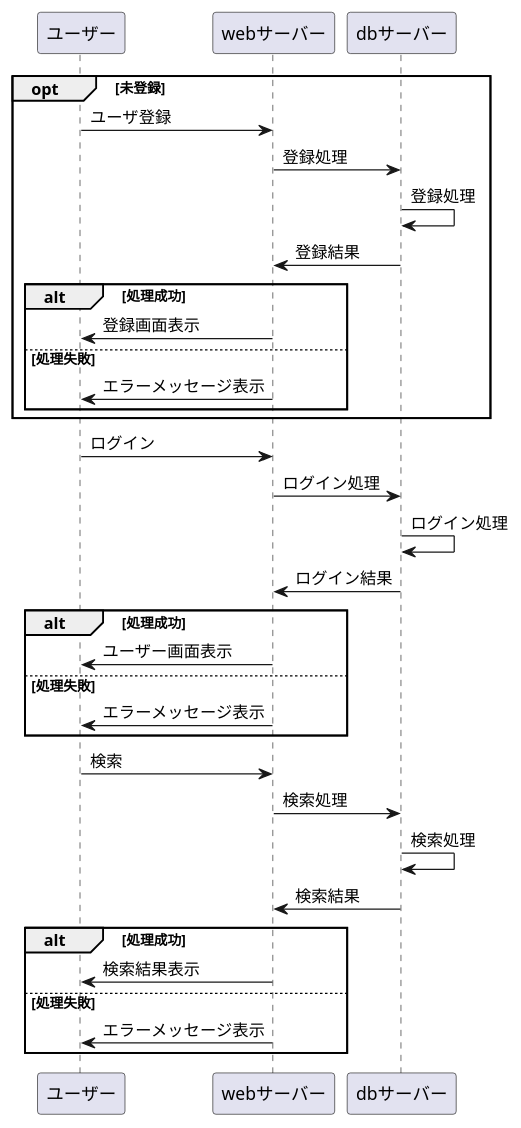
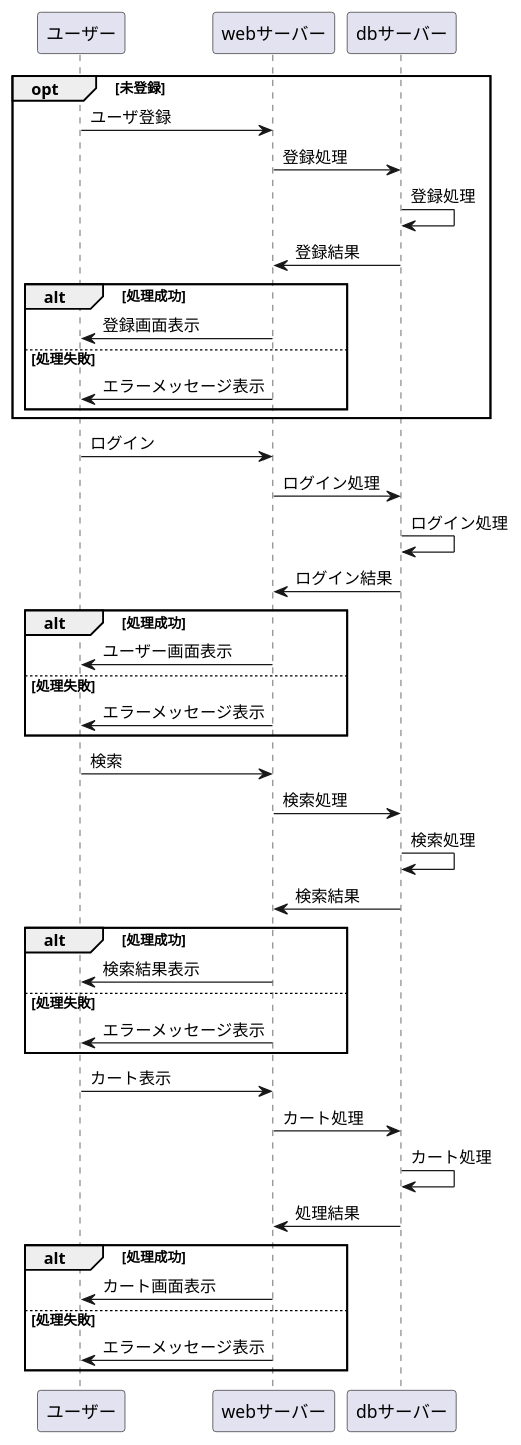
One commit to Aso2001147/2021sys-design changed the diagram in 第8回(真)レポート.md. Above: the diagram before and after it, drawn with PlantUML.

````diff
--- a/第8回(真)レポート.md
+++ b/第8回(真)レポート.md
@@ -1,35 +1,46 @@
 ```uml
 @startuml
 opt 未登録
 ユーザー -> webサーバー:ユーザ登録
 webサーバー -> dbサーバー:登録処理
 dbサーバー -> dbサーバー:登録処理
 dbサーバー -> webサーバー:登録結果
 alt 処理成功
 webサーバー -> ユーザー:登録画面表示
 else 処理失敗
 webサーバー -> ユーザー:エラーメッセージ表示
 end
 end
 
 ユーザー -> webサーバー:ログイン
 webサーバー -> dbサーバー:ログイン処理
 dbサーバー -> dbサーバー:ログイン処理
 dbサーバー -> webサーバー:ログイン結果
 alt 処理成功
 webサーバー -> ユーザー:ユーザー画面表示
 else 処理失敗
 webサーバー -> ユーザー:エラーメッセージ表示
 end
 
+
 ユーザー -> webサーバー:検索
 webサーバー -> dbサーバー:検索処理
 dbサーバー -> dbサーバー:検索処理
 dbサーバー -> webサーバー:検索結果
 alt 処理成功
 webサーバー -> ユーザー:検索結果表示
 else 処理失敗
 webサーバー -> ユーザー:エラーメッセージ表示
 end
+
+ユーザー -> webサーバー:カート表示
+webサーバー -> dbサーバー:カート処理
+dbサーバー -> dbサーバー:カート処理
+dbサーバー -> webサーバー:処理結果
+alt 処理成功
+webサーバー -> ユーザー:カート画面表示
+else 処理失敗
+webサーバー -> ユーザー:エラーメッセージ表示
+end
 @enduml
 ```
````
